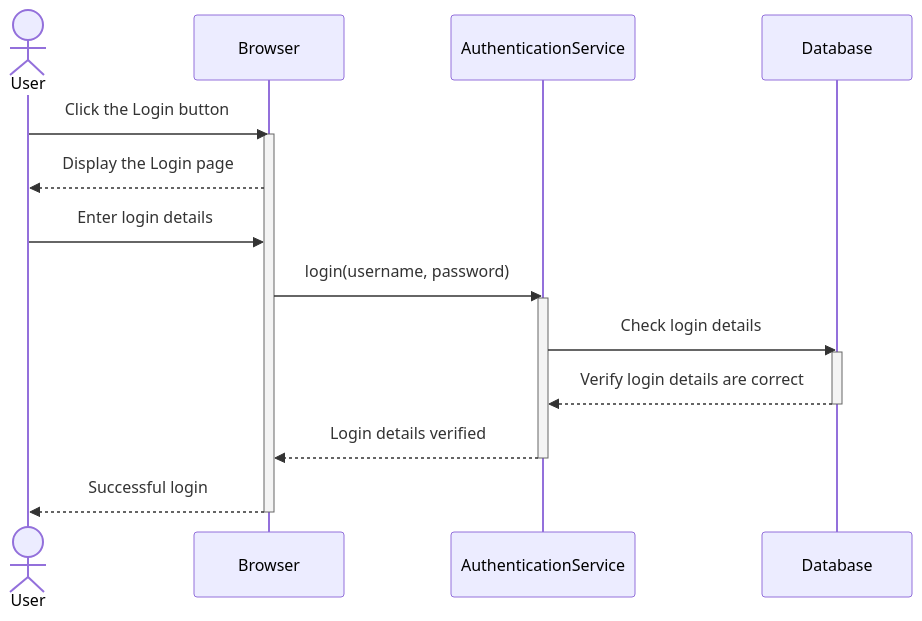
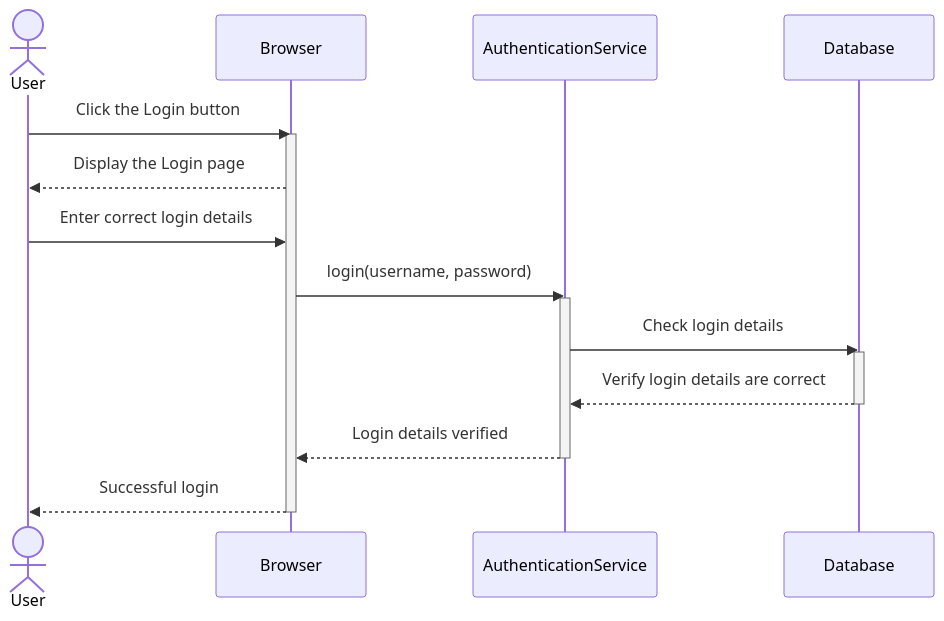
One commit to jamesandpanda/tutorials changed the diagram in COMP2511/26T1/W13A/tute08/example1.md. Above: the diagram before and after it, drawn with Mermaid. The commit also changed 2 other files, not shown here.

Commit message:
add more sequence diagram examples

````diff
--- a/COMP2511/26T1/W13A/tute08/example1.md
+++ b/COMP2511/26T1/W13A/tute08/example1.md
@@ -1,23 +1,23 @@
 ```mermaid
 sequenceDiagram
     actor User
     participant Browser
     participant AuthenticationService
     participant Database
 
     User->>Browser: Click the Login button
     activate Browser
     Browser-->>User: Display the Login page
 
-    User->>Browser: Enter login details
+    User->>Browser: Enter correct login details
     Browser->>AuthenticationService: login(username, password)
     activate AuthenticationService
     AuthenticationService->>Database: Check login details
     activate Database
     Database-->>AuthenticationService: Verify login details are correct
     deactivate Database
     AuthenticationService-->>Browser: Login details verified
     deactivate AuthenticationService
     Browser-->>User: Successful login
     deactivate Browser
 ```
````
